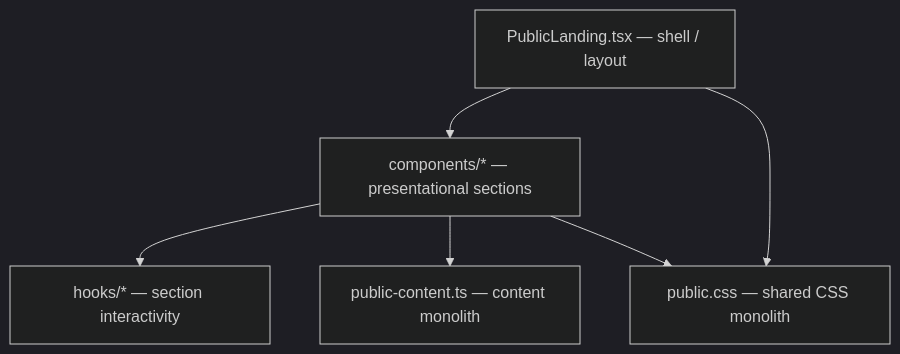
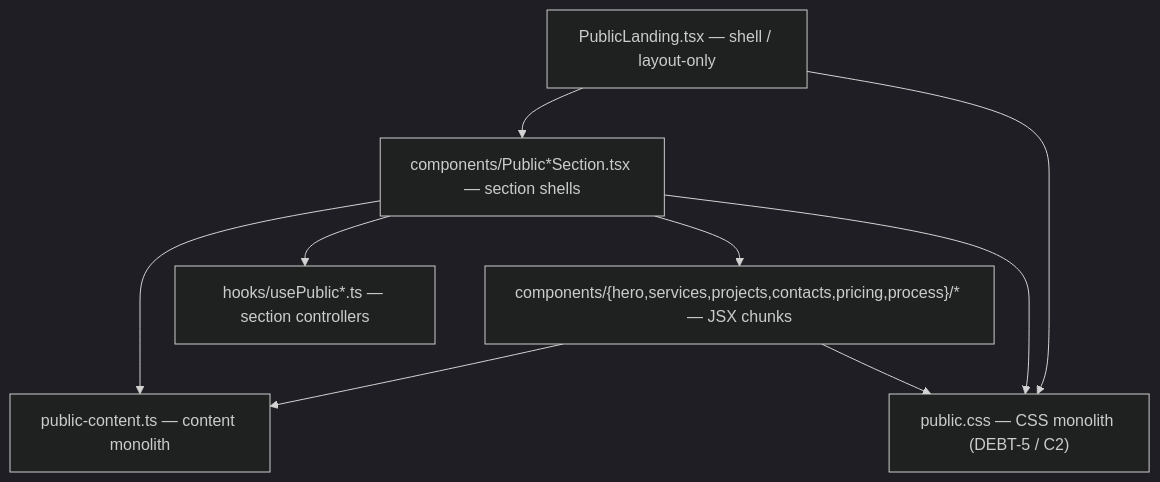
One commit to danko-pro/Danko-IT changed the fourth of 6 diagrams in docs/public-site-architecture-plan.md. Above: the diagram before and after it, drawn with Mermaid (dark theme). The commit also changed other lines of this file and 1 other file, not shown here.

Commit message:
docs(public-landing): зафиксировать as-built архитектуру L7

````diff
--- a/docs/public-site-architecture-plan.md
+++ b/docs/public-site-architecture-plan.md
@@ -685,14 +695,18 @@
 ```mermaid
 flowchart TB
-  PL["PublicLanding.tsx — shell / layout"]
-  SEC["components/* — presentational sections"]
-  HOOK["hooks/* — section interactivity"]
+  PL["PublicLanding.tsx — shell / layout-only"]
+  SEC["components/Public*Section.tsx — section shells"]
+  SUB["components/{hero,services,projects,contacts,pricing,process}/* — JSX chunks"]
+  HOOK["hooks/usePublic*.ts — section controllers"]
   CONTENT["public-content.ts — content monolith"]
-  CSS["public.css — shared CSS monolith"]
+  CSS["public.css — CSS monolith (DEBT-5 / C2)"]
 
   PL --> SEC
+  SEC --> SUB
   SEC --> HOOK
+  SUB --> CONTENT
   SEC --> CONTENT
   PL --> CSS
   SEC --> CSS
+  SUB --> CSS
 ```
````
